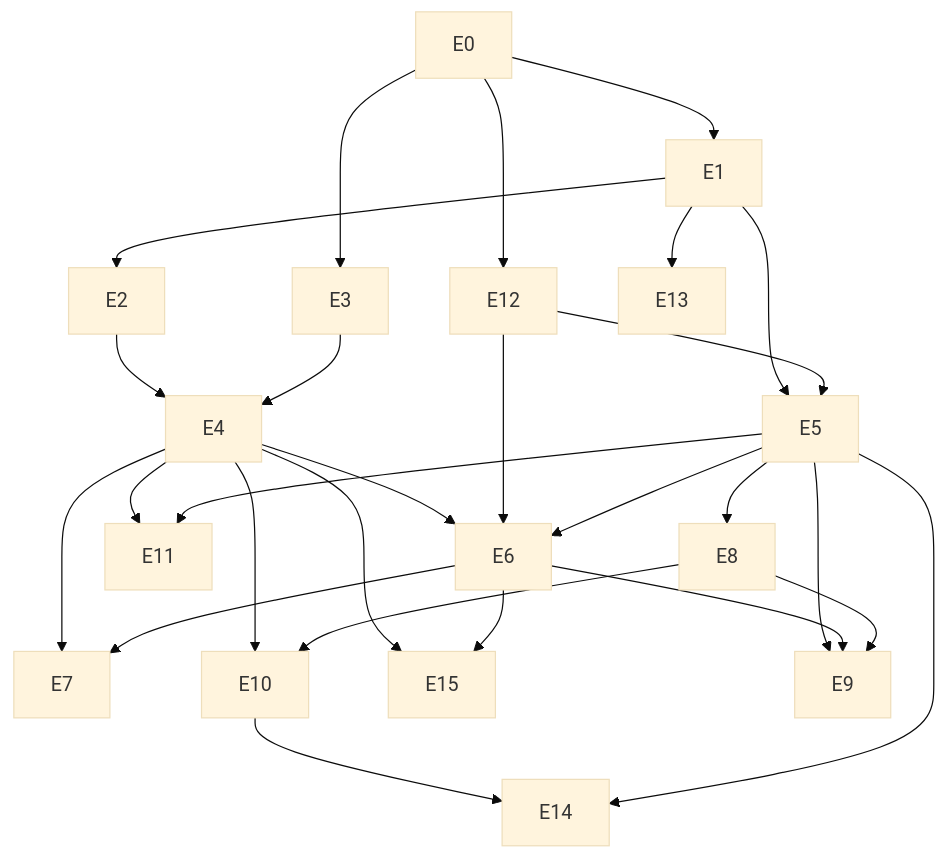
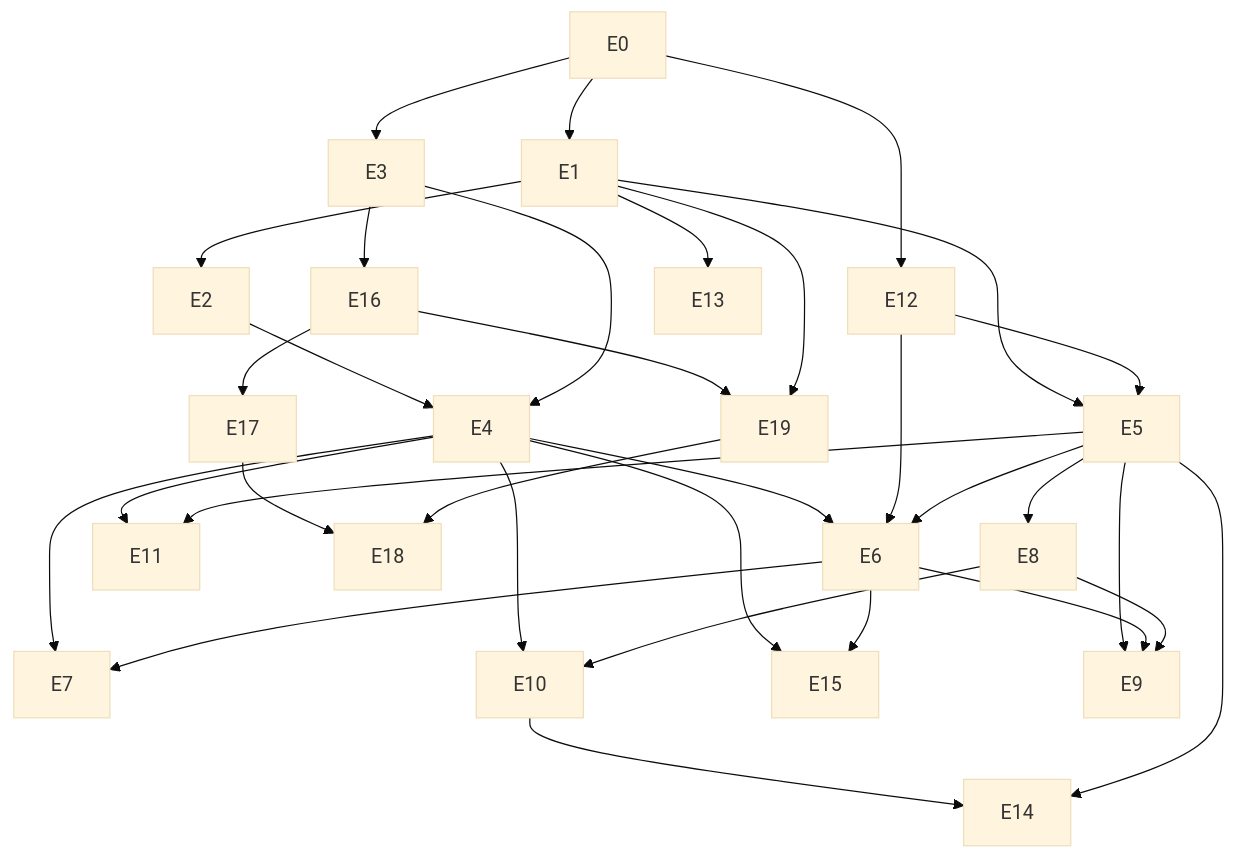
Before and after one commit to saok91/pkbl: the second of 2 diagrams in docs/epics.md, drawn with Mermaid (base theme). The commit also changed other lines of this file and 36 other files, not shown here.

````diff
--- a/docs/epics.md
+++ b/docs/epics.md
@@ -952,15 +1173,21 @@
 ```mermaid
 flowchart TD
     E0 --> E1 & E3 & E12
     E1 --> E2 & E5
     E2 --> E4
     E3 --> E4
+    E3 --> E16
+    E16 --> E17
     E4 --> E6 & E7 & E10 & E11 & E15
+    E17 --> E18
+    E16 --> E19
+    E19 --> E18
     E12 --> E5 & E6
     E5 --> E6 & E8 & E9 & E11
     E6 --> E7 & E9 & E15
     E8 --> E9 & E10
     E1 --> E13
+    E1 --> E19
     E10 --> E14
     E5 --> E14
 ```
````
